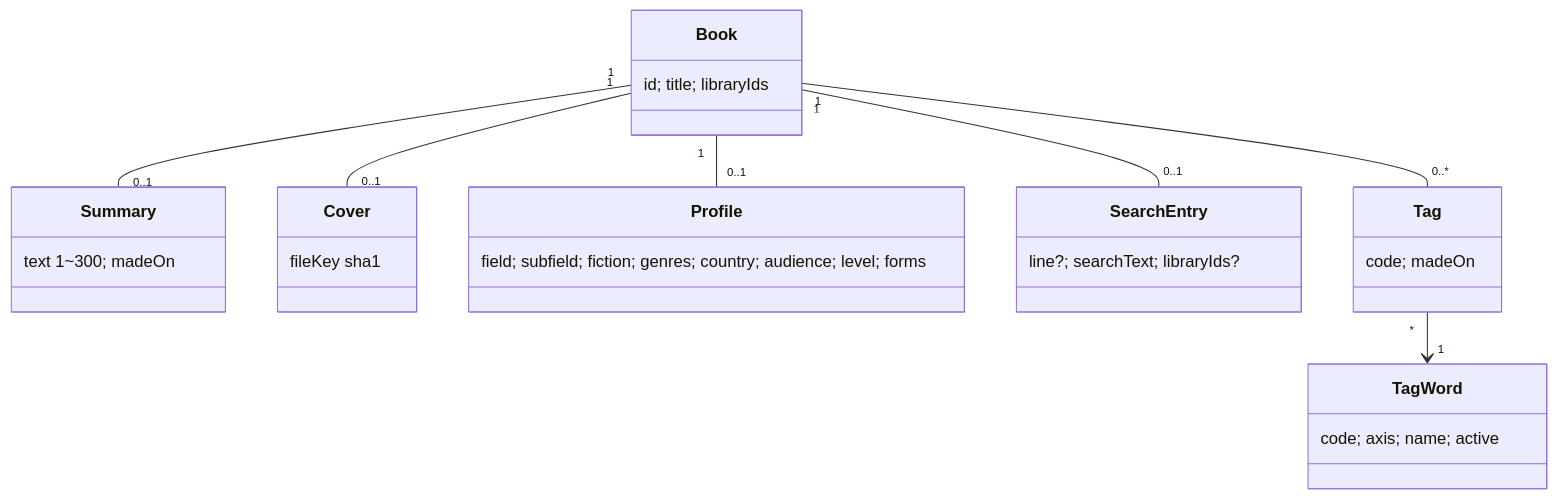
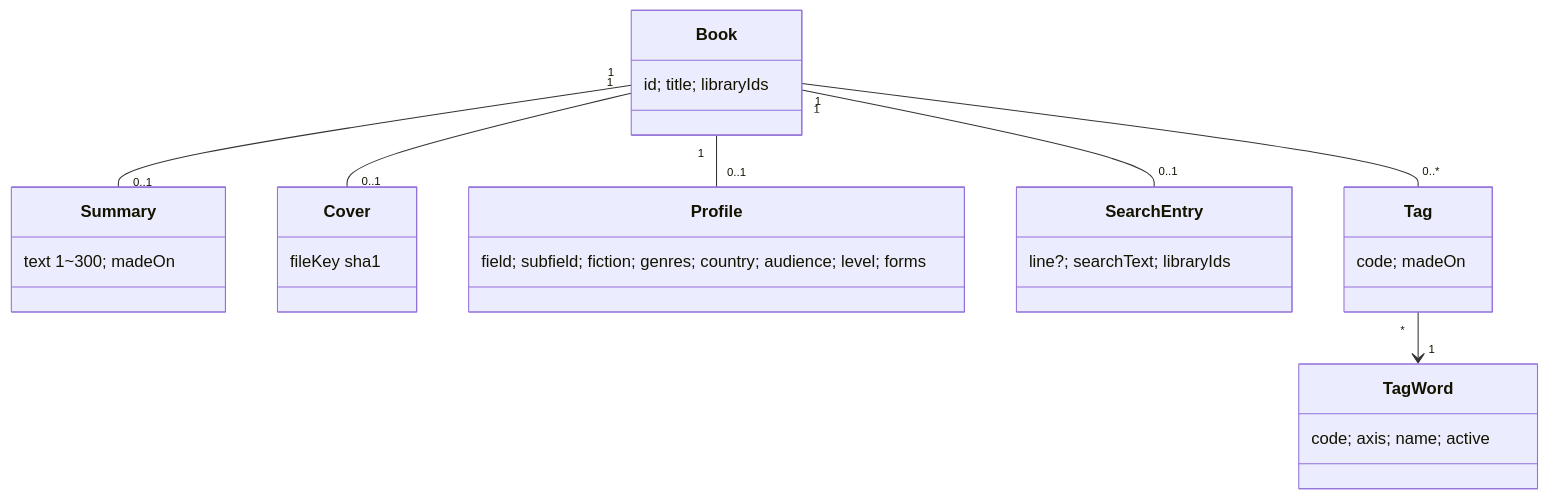
One commit to hodu-sketch/chaekcheck-plan changed the fifth of 6 diagrams in docs/cycles/26-book-descriptions/design-delta.md. Above: the diagram before and after it, drawn with Mermaid. The commit also changed other lines of this file and 3 other files, not shown here.

Commit message:
cycle 26: ADR-0160 search table library_ids as the one duplication exception (user)

````diff
--- a/docs/cycles/26-book-descriptions/design-delta.md
+++ b/docs/cycles/26-book-descriptions/design-delta.md
@@ -78,16 +78,16 @@
 ```mermaid
 classDiagram
   class Book { id; title; libraryIds }
   class Summary { text 1~300; madeOn }
   class Cover { fileKey sha1 }
   class Profile { field; subfield; fiction; genres; country; audience; level; forms }
-  class SearchEntry { line?; searchText; libraryIds? }
+  class SearchEntry { line?; searchText; libraryIds }
   class Tag { code; madeOn }
   class TagWord { code; axis; name; active }
   Book "1" -- "0..1" Summary
   Book "1" -- "0..1" Cover
   Book "1" -- "0..1" Profile
   Book "1" -- "0..1" SearchEntry
   Book "1" -- "0..*" Tag
   Tag "*" --> "1" TagWord
 ```
````
